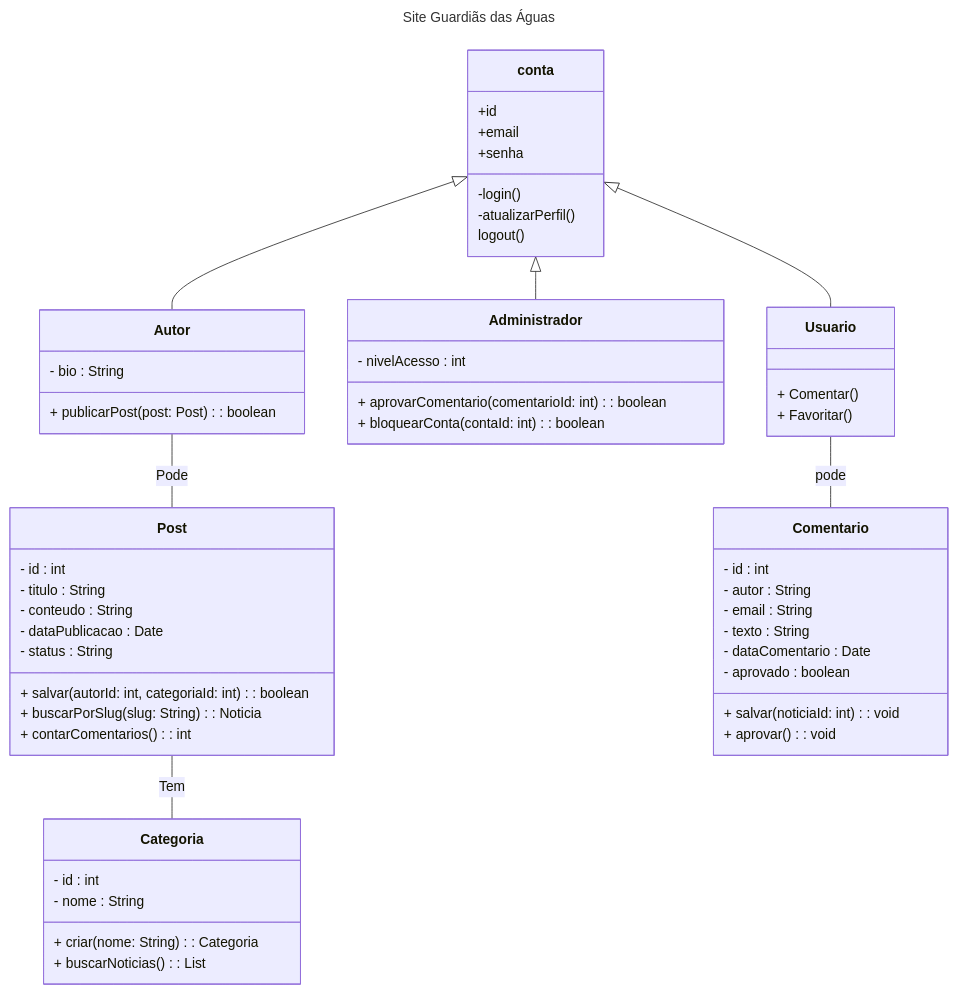
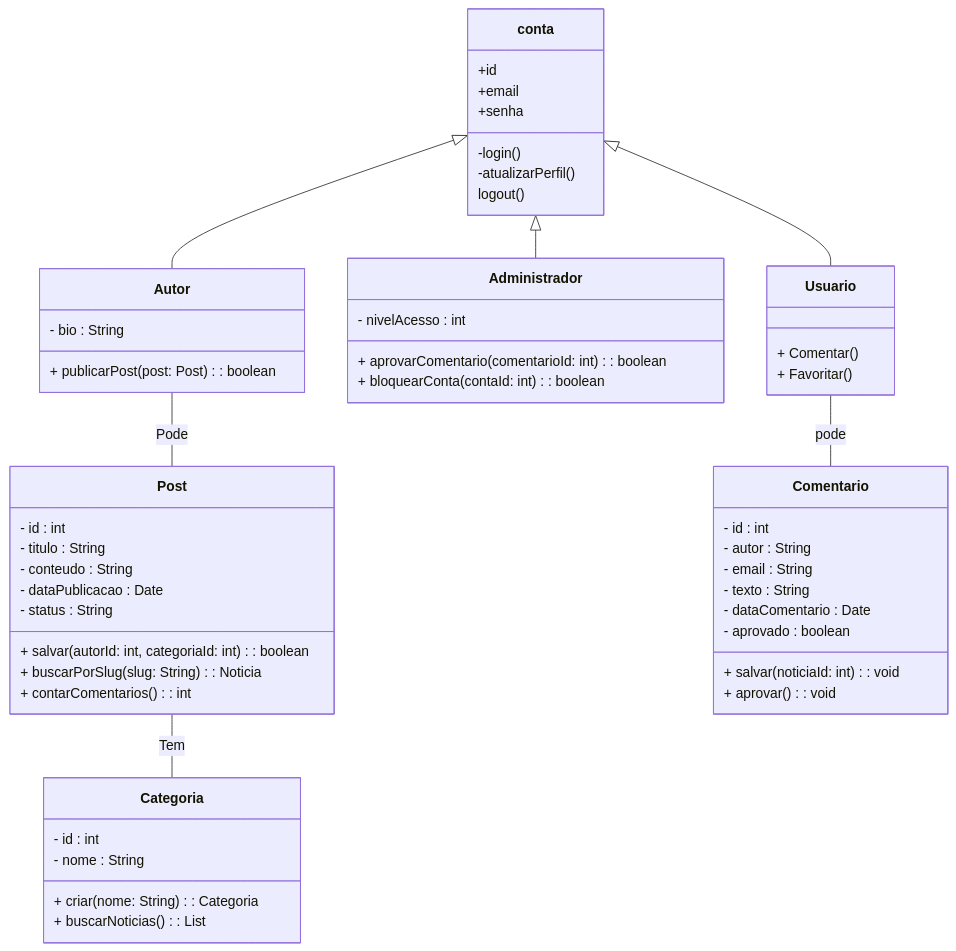
One commit to ProjetoIntegrador-2Semestre/GardiasDasAguas changed the diagram in docs/Diagrama de Classes.md. Above: the diagram before and after it, drawn with Mermaid. The commit also changed 3 other files, not shown here.

````diff
--- a/docs/Diagrama de Classes.md
+++ b/docs/Diagrama de Classes.md
@@ -3,67 +3,54 @@
 ```mermaid
----
-title: Site Guardiãs das Águas
----
 classDiagram
-    conta <|-- Autor
-    conta <|-- Administrador
-    Autor -- Post : Pode
-    Post -- Categoria : Tem
-    conta <|-- Usuario
-    Usuario -- Comentario : pode
-
-
-    conta : +id
-    conta : +email
-    conta : +senha
-    conta : -login()
-    conta : -atualizarPerfil()
-    conta : logout()
-
-    class Comentario {
-        - id : int
-        - autor : String
-        - email : String
-        - texto : String
-        - dataComentario : Date
-        - aprovado : boolean
-        + salvar(noticiaId: int) : void
-        + aprovar() : void
-    }
-
-    class Categoria {
-        - id : int
-        - nome : String
-        + criar(nome: String) : Categoria
-        + buscarNoticias() : List<Noticia>
-    }
-
-    class Post {
-        - id : int
-        - titulo : String
-        - conteudo : String
-        - dataPublicacao : Date
-        - status : String
-        + salvar(autorId: int, categoriaId: int) : boolean
-        + buscarPorSlug(slug: String) : Noticia
-        + contarComentarios() : int
-    }
-
-     class Administrador {
-        - nivelAcesso : int
-        + aprovarComentario(comentarioId: int) : boolean
-        + bloquearConta(contaId: int) : boolean
-    }
-
-     class Autor {
-        - bio : String
-        + publicarPost(post: Post) : boolean
-     }
-
-    class Usuario {
-        
-        + Comentar()
-        + Favoritar()
-    }
-
+ conta <|-- Autor
+ conta <|-- Administrador
+ Autor -- Post : Pode
+ Post -- Categoria : Tem
+ conta <|-- Usuario
+ Usuario -- Comentario : pode 
+conta : +id
+ conta : +email
+ conta : +senha
+ conta : -login()
+ conta : -atualizarPerfil()
+ conta : logout() 
+class Comentario {
+ - id : int
+ - autor : String
+ - email : String
+ - texto : String
+ - dataComentario : Date
+ - aprovado : boolean
+ + salvar(noticiaId: int) : void
+ + aprovar() : void
+ } 
+class Categoria {
+ - id : int
+ - nome : String
+ + criar(nome: String) : Categoria
+ + buscarNoticias() : List<Noticia>
+ } 
+class Post {
+ - id : int
+ - titulo : String
+ - conteudo : String
+ - dataPublicacao : Date
+ - status : String
+ + salvar(autorId: int, categoriaId: int) : boolean
+ + buscarPorSlug(slug: String) : Noticia
+ + contarComentarios() : int
+ } 
+class Administrador {
+ - nivelAcesso : int
+ + aprovarComentario(comentarioId: int) : boolean
+ + bloquearConta(contaId: int) : boolean
+ } 
+class Autor {
+ - bio : String
+ + publicarPost(post: Post) : boolean
+ } 
+class Usuario { 
++ Comentar()
+ + Favoritar()
+ }
 ```
````
